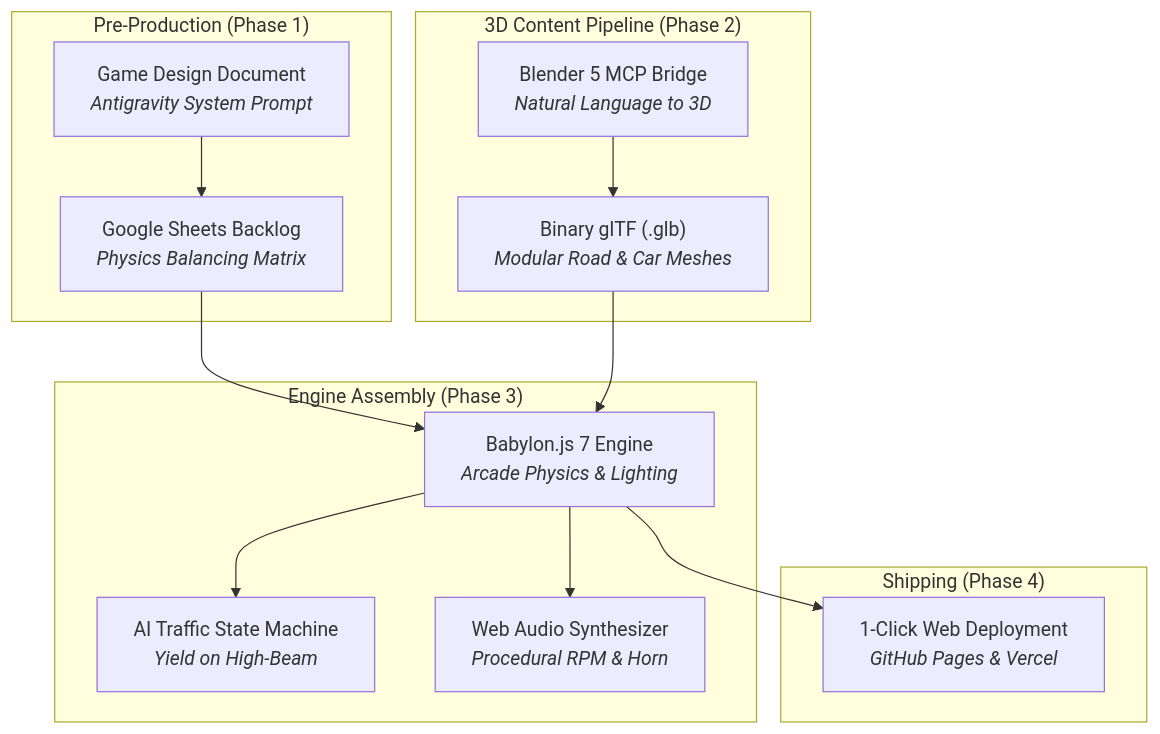
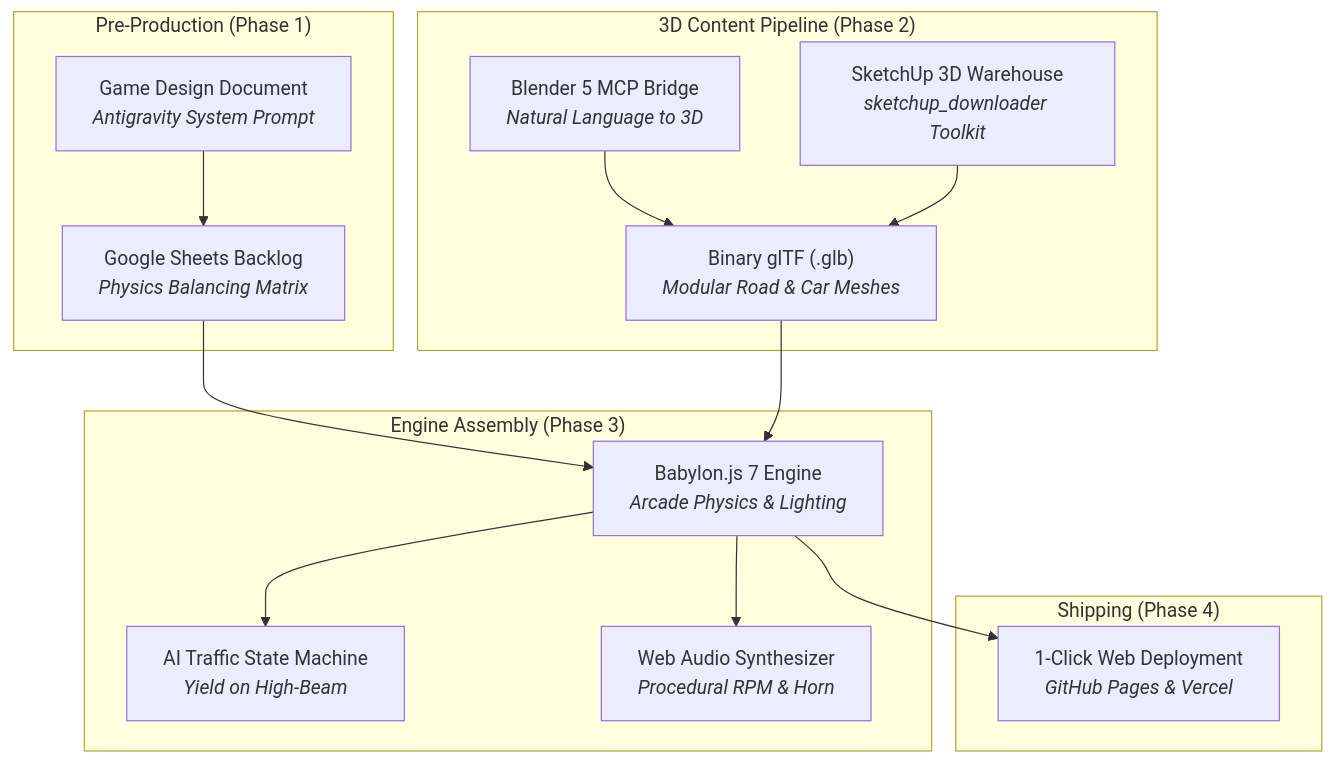
Before and after one commit to C-Fu/krackeddevs-ai-for-gaming: the diagram in README.md, drawn with Mermaid. The commit also changed other lines of this file and 6 other files, not shown here.

Commit message:
docs: add sketchup_downloader integration guide across READMEs and docs

````diff
--- a/README.md
+++ b/README.md
@@ -233,30 +241,32 @@
 ```mermaid
 flowchart TD
     subgraph "Pre-Production (Phase 1)"
         GDD["Game Design Document<br/><i>Antigravity System Prompt</i>"]
         Sheets["Google Sheets Backlog<br/><i>Physics Balancing Matrix</i>"]
     end
 
     subgraph "3D Content Pipeline (Phase 2)"
         MCP["Blender 5 MCP Bridge<br/><i>Natural Language to 3D</i>"]
         GLB["Binary glTF (.glb)<br/><i>Modular Road & Car Meshes</i>"]
+        SKP["SketchUp 3D Warehouse<br/><i>sketchup_downloader Toolkit</i>"]
     end
 
     subgraph "Engine Assembly (Phase 3)"
         Babylon["Babylon.js 7 Engine<br/><i>Arcade Physics & Lighting</i>"]
         TrafficAI["AI Traffic State Machine<br/><i>Yield on High-Beam</i>"]
         WebAudio["Web Audio Synthesizer<br/><i>Procedural RPM & Horn</i>"]
     end
 
     subgraph "Shipping (Phase 4)"
         Deploy["1-Click Web Deployment<br/><i>GitHub Pages & Vercel</i>"]
     end
 
     GDD --> Sheets
     Sheets --> Babylon
     MCP --> GLB
+    SKP --> GLB
     GLB --> Babylon
     Babylon --> TrafficAI
     Babylon --> WebAudio
     Babylon --> Deploy
 ```
````
